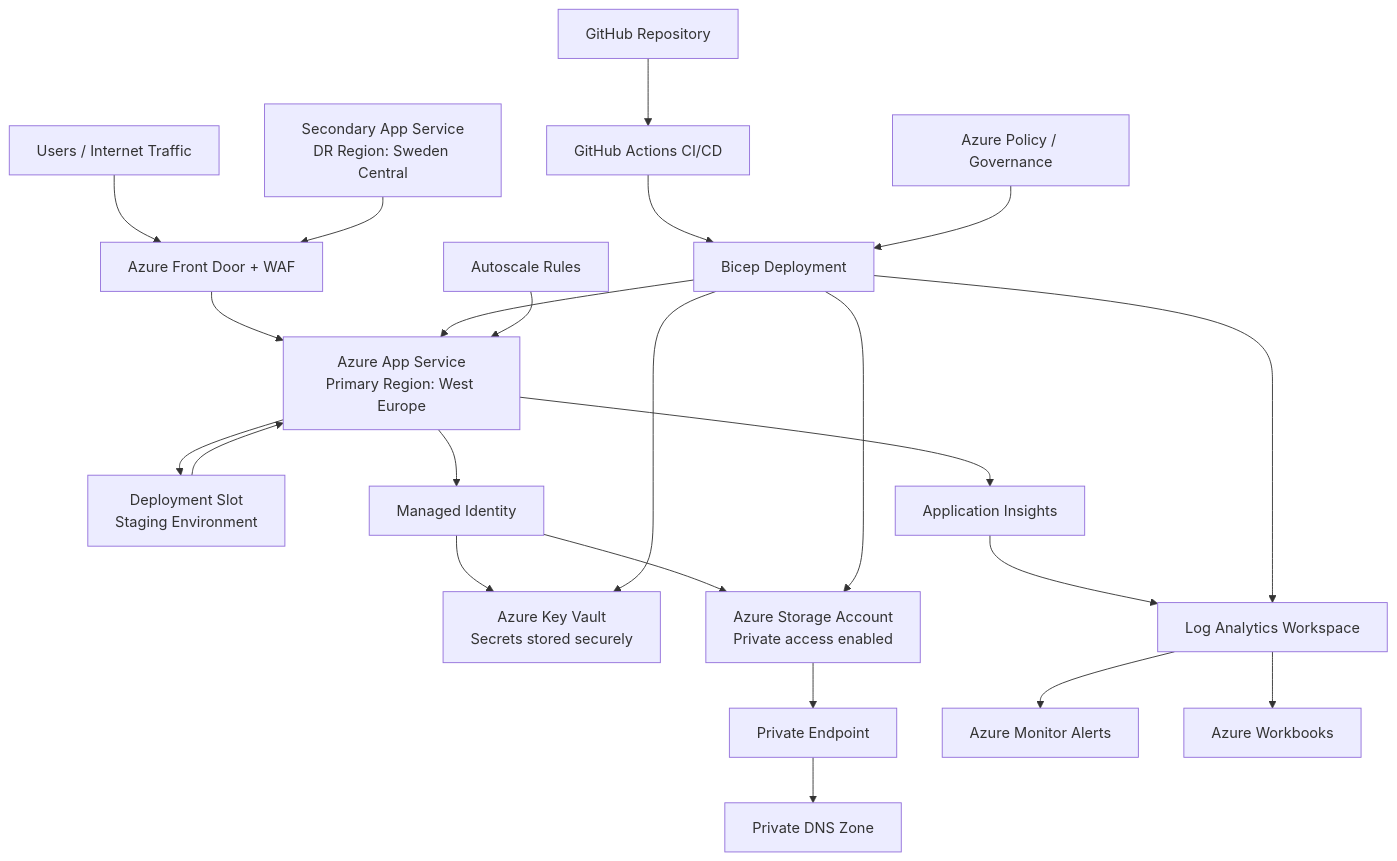
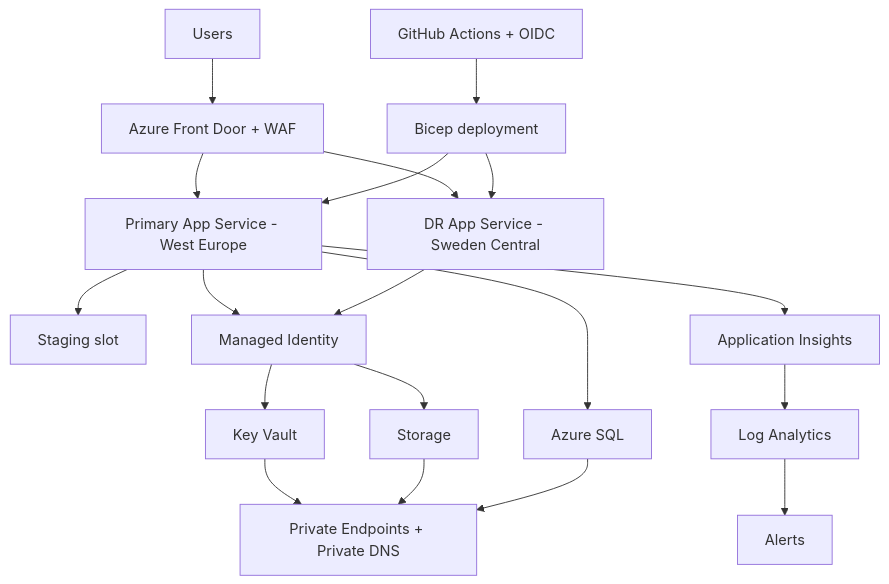
Before and after one commit to Amin-Azad/cloudnest-bicep: the diagram in ARCHITECTURE.md, drawn with Mermaid. The commit also changed other lines of this file and 10 other files, not shown here.

````diff
--- a/ARCHITECTURE.md
+++ b/ARCHITECTURE.md
@@ -12,42 +17,21 @@
 ```mermaid
 flowchart TD
-
-    %% External Access
-    A[Users / Internet Traffic] --> B[Azure Front Door + WAF]
-
-    %% Application Layer
-    B --> C[Azure App Service<br/>Primary Region: West Europe]
-    C --> D[Deployment Slot<br/>Staging Environment]
-    D --> C
-
-    C --> E[Managed Identity]
-
-    %% Security and Data Layer
-    E --> F[Azure Key Vault<br/>Secrets stored securely]
-    E --> G[Azure Storage Account<br/>Private access enabled]
-
-    G --> H[Private Endpoint]
-    H --> I[Private DNS Zone]
-
-    %% Monitoring Layer
-    C --> J[Application Insights]
-    J --> K[Log Analytics Workspace]
-    K --> L[Azure Monitor Alerts]
-    K --> M[Azure Workbooks]
-
-    %% CI/CD Layer
-    N[GitHub Repository] --> O[GitHub Actions CI/CD]
-    O --> P[Bicep Deployment]
-
-    P --> C
-    P --> F
-    P --> G
-    P --> K
-
-    %% Governance and Scaling
-    Q[Azure Policy / Governance] --> P
-    R[Autoscale Rules] --> C
-
-    %% Disaster Recovery
-    S[Secondary App Service<br/>DR Region: Sweden Central] --> B
+    A[Users] --> B[Azure Front Door + WAF]
+    B --> C[Primary App Service - West Europe]
+    B --> D[DR App Service - Sweden Central]
+    C --> E[Staging slot]
+    C --> F[Managed Identity]
+    D --> F
+    F --> G[Key Vault]
+    F --> H[Storage]
+    C --> I[Azure SQL]
+    G --> J[Private Endpoints + Private DNS]
+    H --> J
+    I --> J
+    C --> K[Application Insights]
+    K --> L[Log Analytics]
+    L --> M[Alerts]
+    N[GitHub Actions + OIDC] --> O[Bicep deployment]
+    O --> C
+    O --> D
 ```
````
